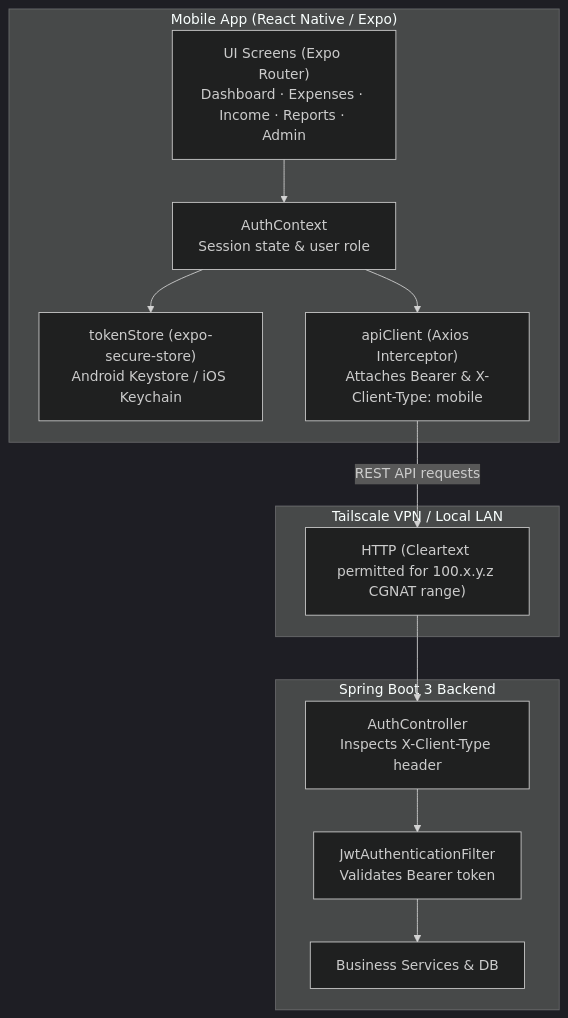
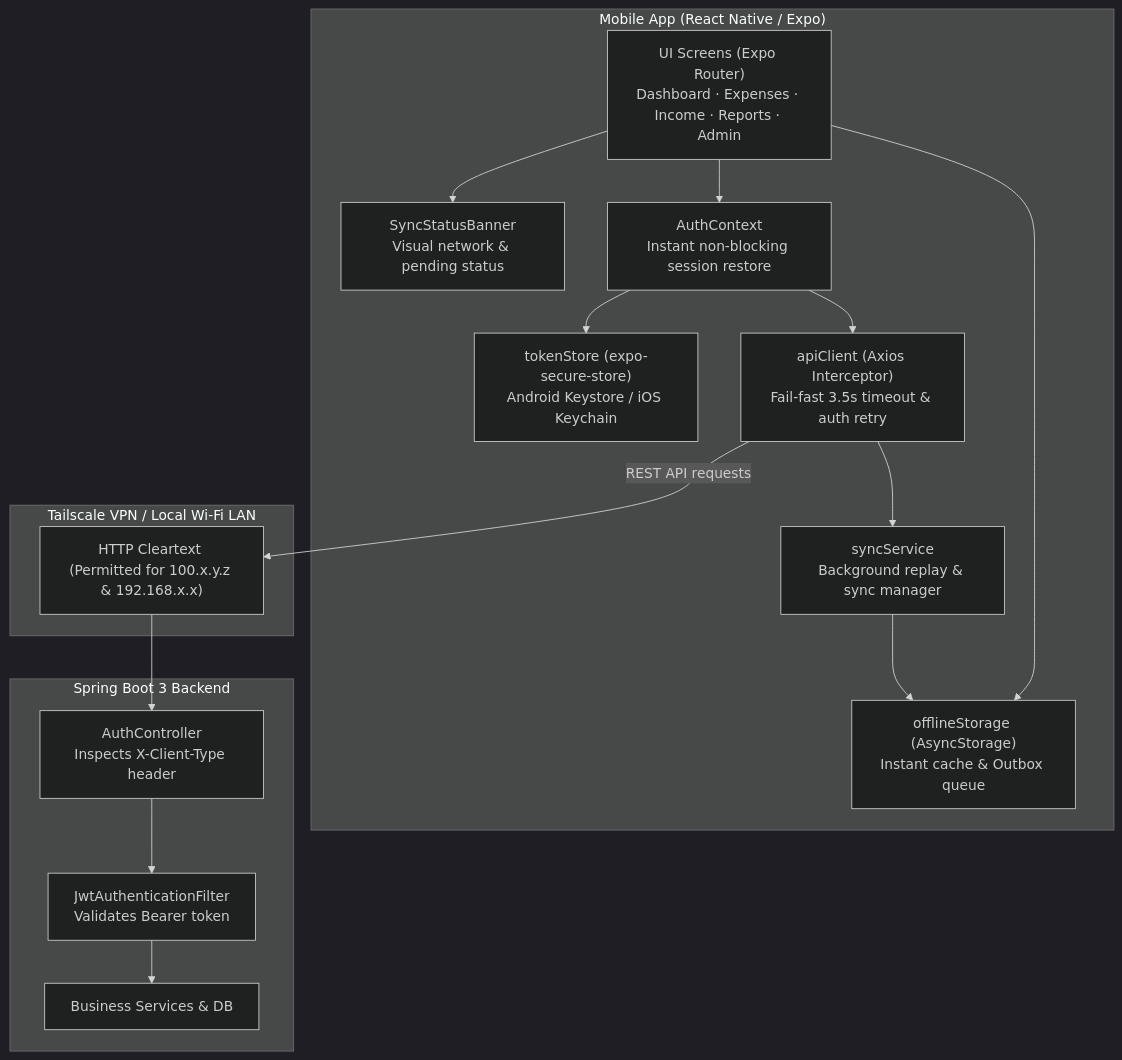
Before and after one commit to pavanem/Expense-tracker: the first of 2 diagrams in docs/mobile-app.md, drawn with Mermaid (dark theme). The commit also changed other lines of this file and 3 other files, not shown here.

````diff
--- a/docs/mobile-app.md
+++ b/docs/mobile-app.md
@@ -9,27 +9,34 @@
 ```mermaid
 flowchart TD
     subgraph MobileApp["Mobile App (React Native / Expo)"]
         UI["UI Screens (Expo Router)<br/>Dashboard · Expenses · Income · Reports · Admin"]
-        AuthContext["AuthContext<br/>Session state & user role"]
+        SyncBanner["SyncStatusBanner<br/>Visual network & pending status"]
+        AuthContext["AuthContext<br/>Instant non-blocking session restore"]
         TokenStore["tokenStore (expo-secure-store)<br/>Android Keystore / iOS Keychain"]
-        ApiClient["apiClient (Axios Interceptor)<br/>Attaches Bearer & X-Client-Type: mobile"]
+        ApiClient["apiClient (Axios Interceptor)<br/>Fail-fast 3.5s timeout & auth retry"]
+        OfflineStore["offlineStorage (AsyncStorage)<br/>Instant cache & Outbox queue"]
+        SyncEngine["syncService<br/>Background replay & sync manager"]
         
+        UI --> SyncBanner
         UI --> AuthContext
+        UI --> OfflineStore
         AuthContext --> TokenStore
         AuthContext --> ApiClient
+        ApiClient --> SyncEngine
+        SyncEngine --> OfflineStore
     end
 
-    subgraph Network["Tailscale VPN / Local LAN"]
-        HTTP["HTTP (Cleartext permitted for 100.x.y.z CGNAT range)"]
+    subgraph Network["Tailscale VPN / Local Wi-Fi LAN"]
+        HTTP["HTTP Cleartext (Permitted for 100.x.y.z & 192.168.x.x)"]
     end
 
     subgraph Backend["Spring Boot 3 Backend"]
         AuthController["AuthController<br/>Inspects X-Client-Type header"]
         JwtFilter["JwtAuthenticationFilter<br/>Validates Bearer token"]
         Services["Business Services & DB"]
         
         AuthController --> JwtFilter --> Services
     end
 
     ApiClient -- "REST API requests" --> HTTP --> AuthController
 ```
````
